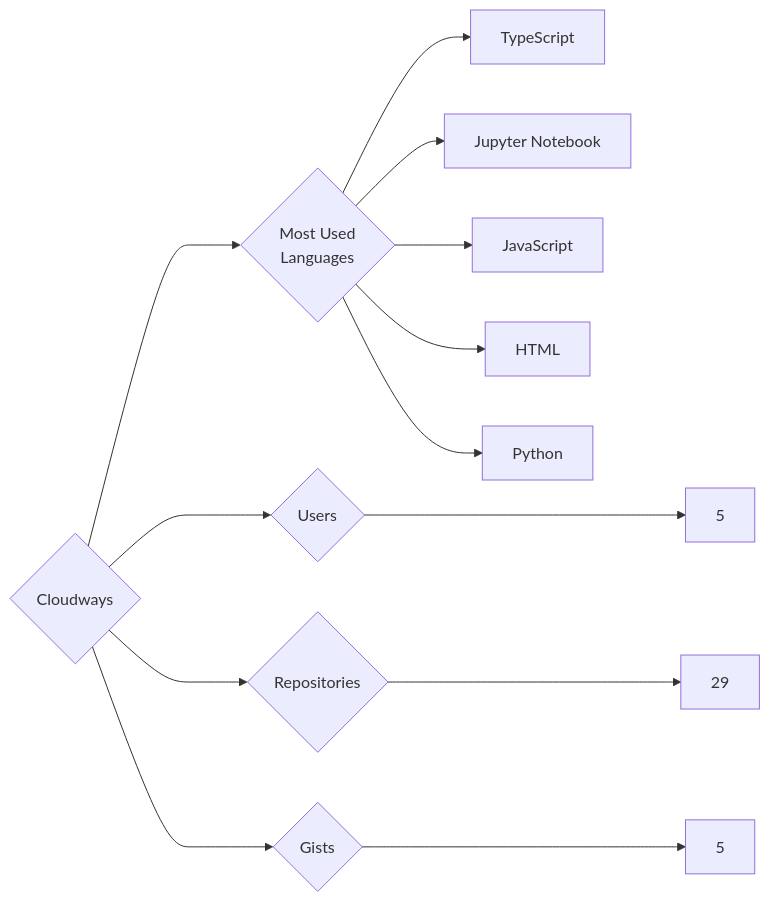
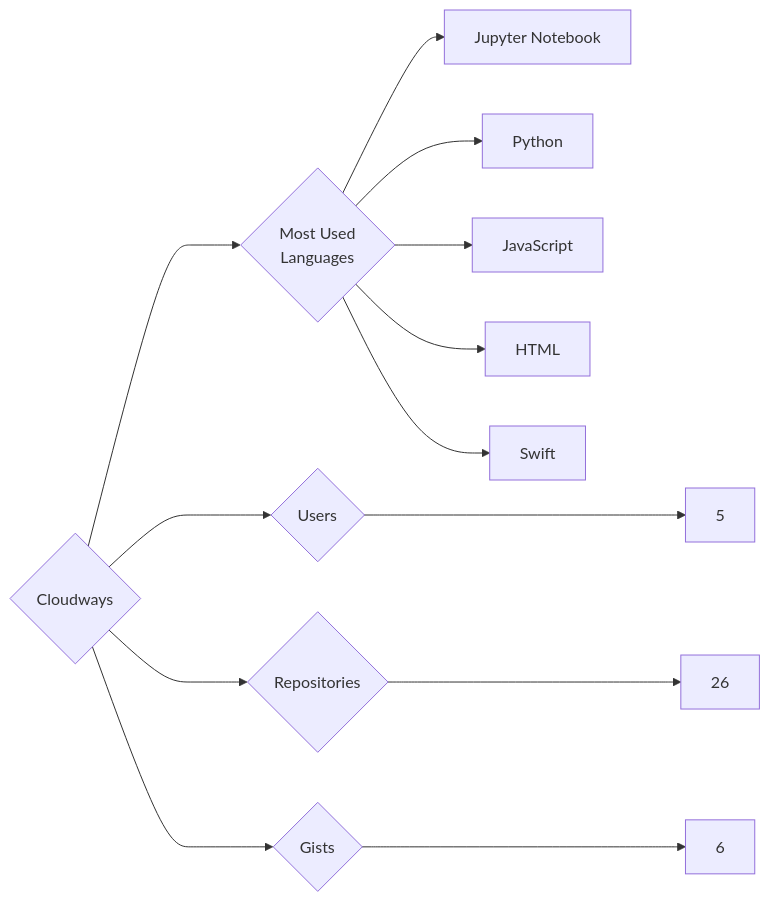
The diagram in targets/Cloudways/README.md (trickest/insiders), drawn with Mermaid before and after one commit. The commit also changed 750 other files, not shown here.

````diff
--- a/targets/Cloudways/README.md
+++ b/targets/Cloudways/README.md
@@ -3,13 +3,13 @@
 ```mermaid
 graph LR
 COMPANY_NAME{Cloudways}
 COMPANY_NAME ---> U{Users} ---> UN[5]
-COMPANY_NAME ---> R{Repositories} ---> RN[29]
-COMPANY_NAME ---> G{Gists} ---> GN[5]
+COMPANY_NAME ---> R{Repositories} ---> RN[26]
+COMPANY_NAME ---> G{Gists} ---> GN[6]
 COMPANY_NAME ---> ML{Most Used<br>Languages}
-ML --> TypeScript[TypeScript]
 ML --> Jupyter_Notebook[Jupyter Notebook]
+ML --> Python[Python]
 ML --> JavaScript[JavaScript]
 ML --> HTML[HTML]
-ML --> Python[Python]
+ML --> Swift[Swift]
 ```
````
